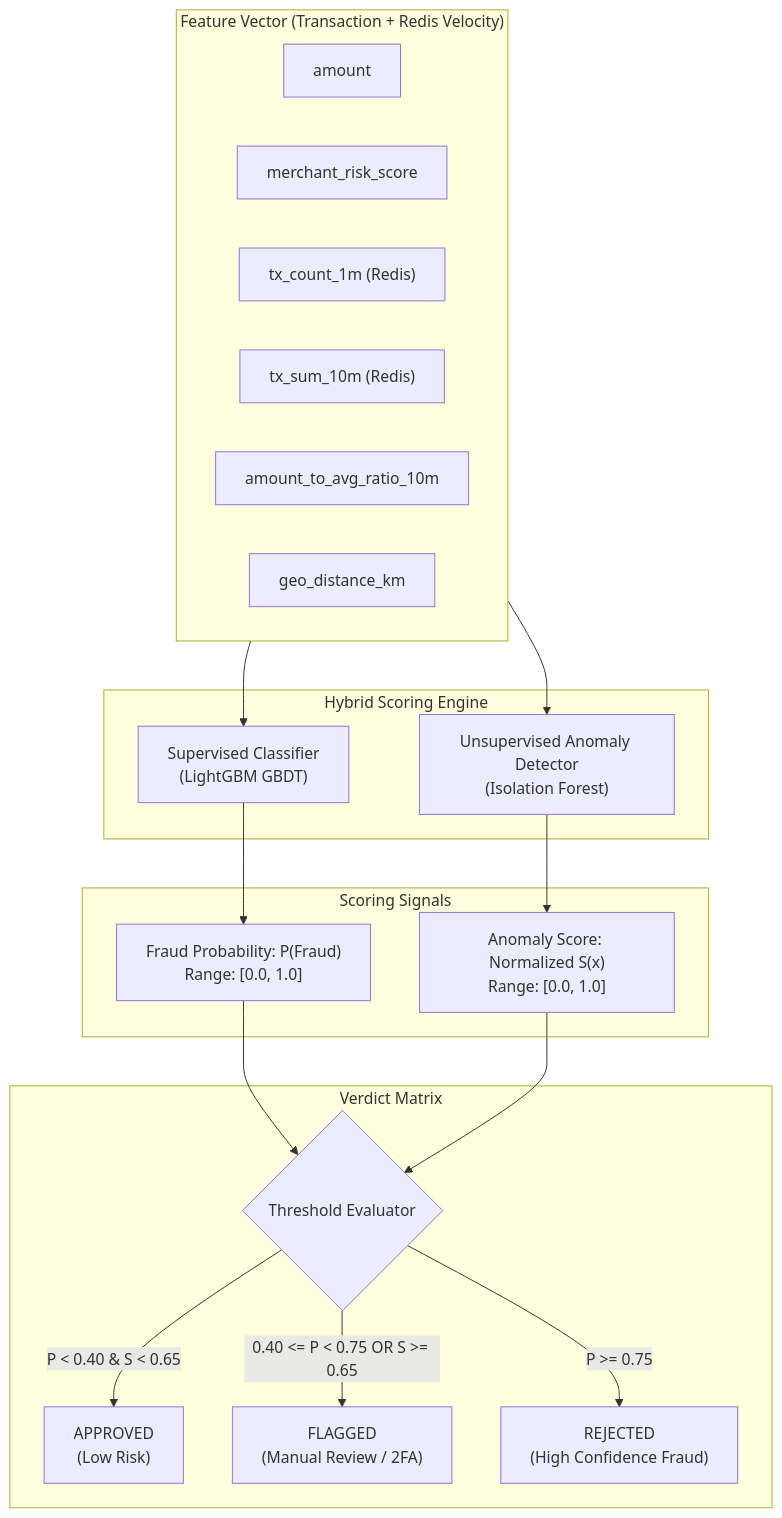
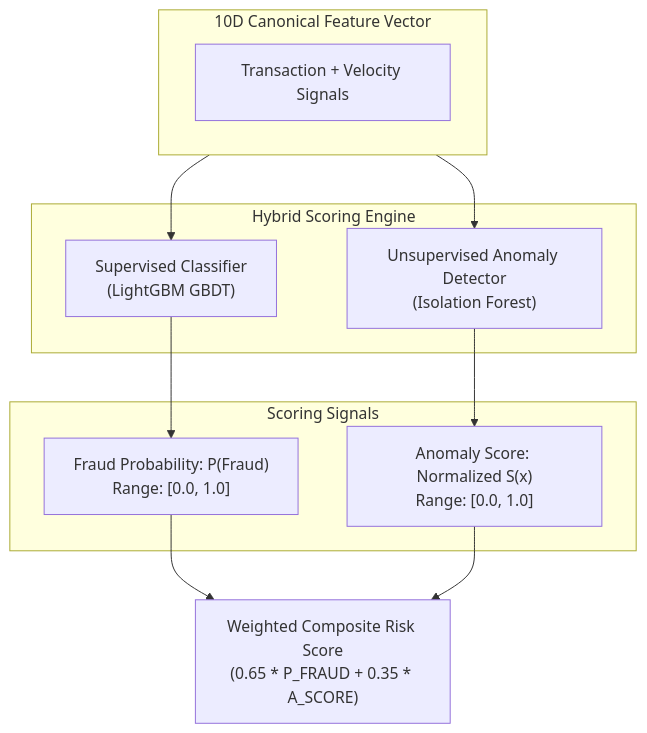
The diagram in docs/stage-03-ml-pipeline.md (abubinfahd/realtime-fraud-detection), drawn with Mermaid before and after one commit. The commit also changed other lines of this file and 8 other files, not shown here.

````diff
--- a/docs/stage-03-ml-pipeline.md
+++ b/docs/stage-03-ml-pipeline.md
@@ -31,38 +69,20 @@
 ```mermaid
 flowchart TD
-    subgraph Input["Feature Vector (Transaction + Redis Velocity)"]
-        F1["amount"]
-        F2["merchant_risk_score"]
-        F3["tx_count_1m (Redis)"]
-        F4["tx_sum_10m (Redis)"]
-        F5["amount_to_avg_ratio_10m"]
-        F6["geo_distance_km"]
+    subgraph Input["10D Canonical Feature Vector"]
+        F["Transaction + Velocity Signals"]
     end
 
     subgraph Models["Hybrid Scoring Engine"]
         LGBM["Supervised Classifier\n(LightGBM GBDT)"]
         IFOREST["Unsupervised Anomaly Detector\n(Isolation Forest)"]
     end
 
     subgraph Outputs["Scoring Signals"]
         P_FRAUD["Fraud Probability: P(Fraud)\nRange: [0.0, 1.0]"]
         A_SCORE["Anomaly Score: Normalized S(x)\nRange: [0.0, 1.0]"]
     end
 
-    subgraph Decision["Verdict Matrix"]
-        VERDICT{"Threshold Evaluator"}
-        APP["APPROVED\n(Low Risk)"]
-        FLG["FLAGGED\n(Manual Review / 2FA)"]
-        REJ["REJECTED\n(High Confidence Fraud)"]
-    end
-
-    Input --> LGBM
-    Input --> IFOREST
-    LGBM --> P_FRAUD
-    IFOREST --> A_SCORE
-    P_FRAUD --> VERDICT
-    A_SCORE --> VERDICT
-    VERDICT -->|P < 0.40 & S < 0.65| APP
-    VERDICT -->|0.40 <= P < 0.75 OR S >= 0.65| FLG
-    VERDICT -->|P >= 0.75| REJ
+    Input --> LGBM --> P_FRAUD
+    Input --> IFOREST --> A_SCORE
+    P_FRAUD & A_SCORE --> BLEND["Weighted Composite Risk Score\n(0.65 * P_FRAUD + 0.35 * A_SCORE)"]
 ```
````
